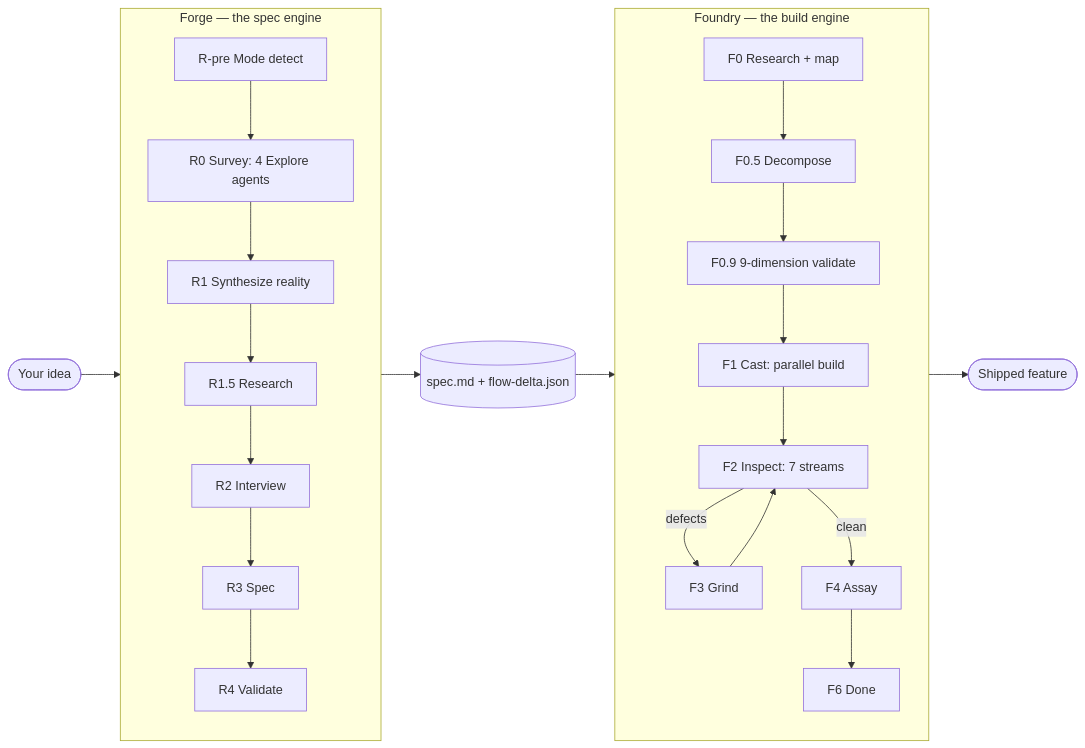
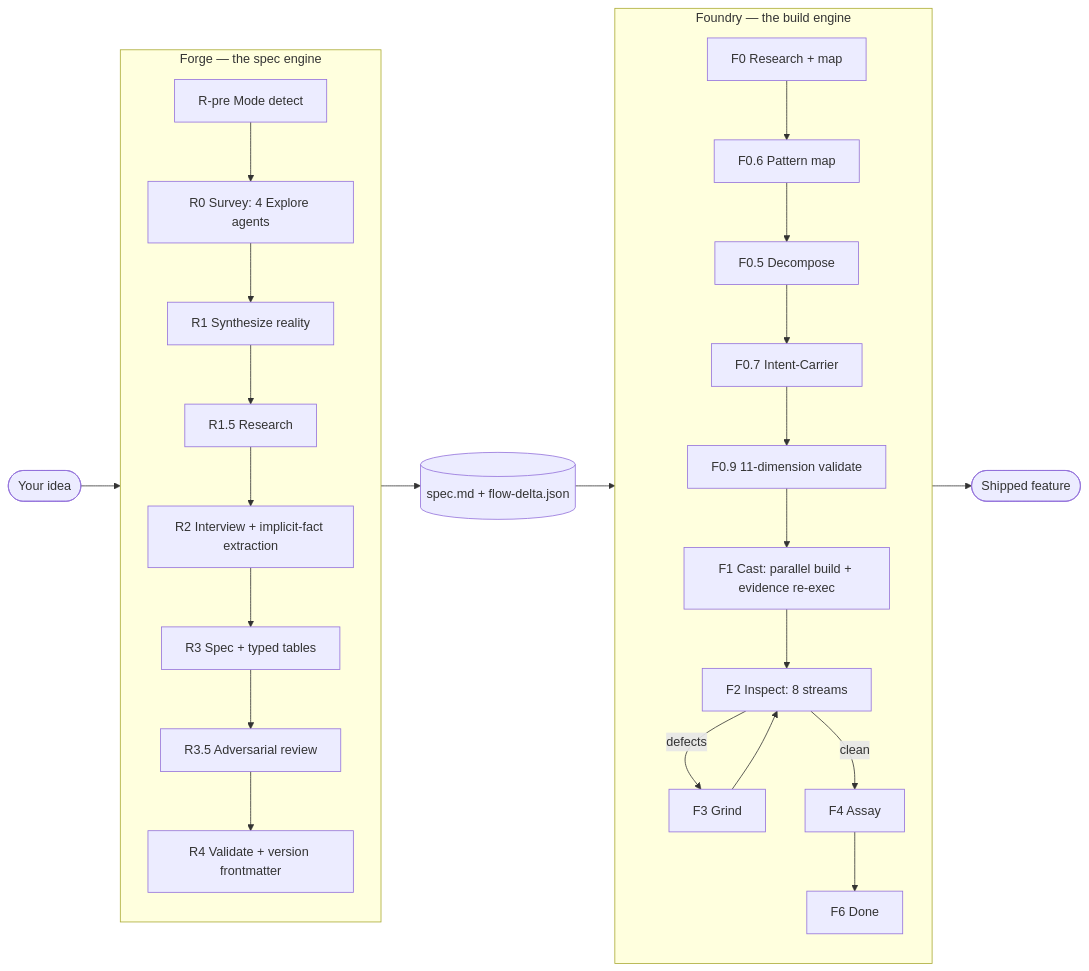
Before and after one commit to AlphaBravoCompany/codsworth-marketplace: the diagram in README.md, drawn with Mermaid. The commit also changed other lines of this file and 5 other files, not shown here.

````diff
--- a/README.md
+++ b/README.md
@@ -34,27 +34,30 @@
 ```mermaid
 flowchart LR
     idea([Your idea]) --> forge
     subgraph forge[Forge — the spec engine]
         direction TB
         Rpre[R-pre Mode detect] --> R0
         R0[R0 Survey: 4 Explore agents] --> R1
         R1[R1 Synthesize reality] --> R15[R1.5 Research]
-        R15 --> R2[R2 Interview]
-        R2 --> R3[R3 Spec]
-        R3 --> R4[R4 Validate]
+        R15 --> R2[R2 Interview + implicit-fact extraction]
+        R2 --> R3[R3 Spec + typed tables]
+        R3 --> R35[R3.5 Adversarial review]
+        R35 --> R4[R4 Validate + version frontmatter]
     end
     forge --> spec[(spec.md + flow-delta.json)]
     spec --> foundry
     subgraph foundry[Foundry — the build engine]
         direction TB
-        F0[F0 Research + map] --> F05[F0.5 Decompose]
-        F05 --> F09[F0.9 9-dimension validate]
-        F09 --> F1[F1 Cast: parallel build]
-        F1 --> F2[F2 Inspect: 7 streams]
+        F0[F0 Research + map] --> F06[F0.6 Pattern map]
+        F06 --> F05[F0.5 Decompose]
+        F05 --> F07[F0.7 Intent-Carrier]
+        F07 --> F09[F0.9 11-dimension validate]
+        F09 --> F1[F1 Cast: parallel build + evidence re-exec]
+        F1 --> F2[F2 Inspect: 8 streams]
         F2 -->|defects| F3[F3 Grind]
         F3 --> F2
         F2 -->|clean| F4[F4 Assay]
         F4 --> F6[F6 Done]
     end
     foundry --> shipped([Shipped feature])
 ```
````
